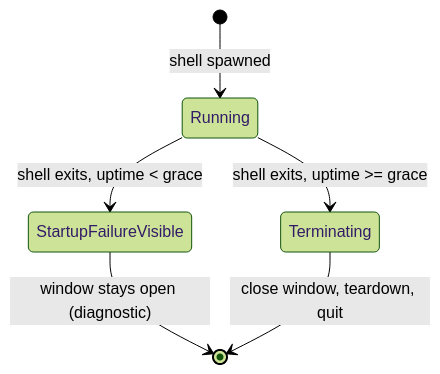
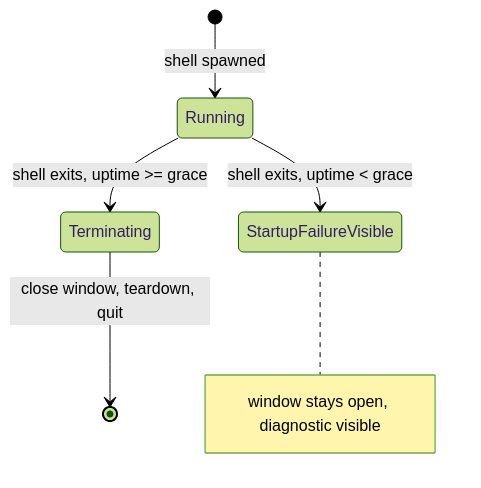
One commit to dylanb/agent-terminal changed the second of 6 diagrams in terminal-web-ui-spec.md. Above: the diagram before and after it, drawn with Mermaid (forest theme). The commit also changed other lines of this file and 6 other files, not shown here.

````diff
--- a/terminal-web-ui-spec.md
+++ b/terminal-web-ui-spec.md
@@ -469,8 +469,8 @@
   ```mermaid
   stateDiagram-v2
       [*] --> Running : shell spawned
       Running --> StartupFailureVisible : shell exits, uptime < grace
       Running --> Terminating : shell exits, uptime >= grace
-      StartupFailureVisible --> [*] : window stays open (diagnostic)
       Terminating --> [*] : close window, teardown, quit
+      note right of StartupFailureVisible : window stays open, diagnostic visible
   ```
````
